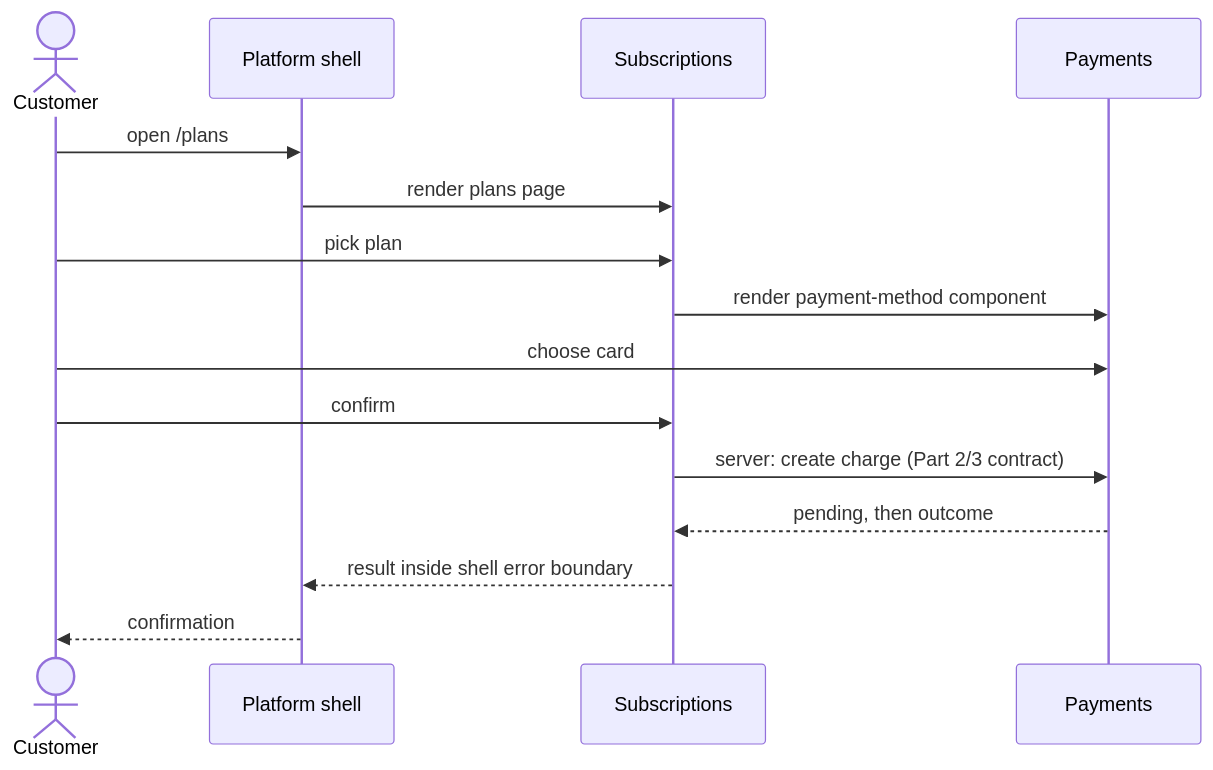
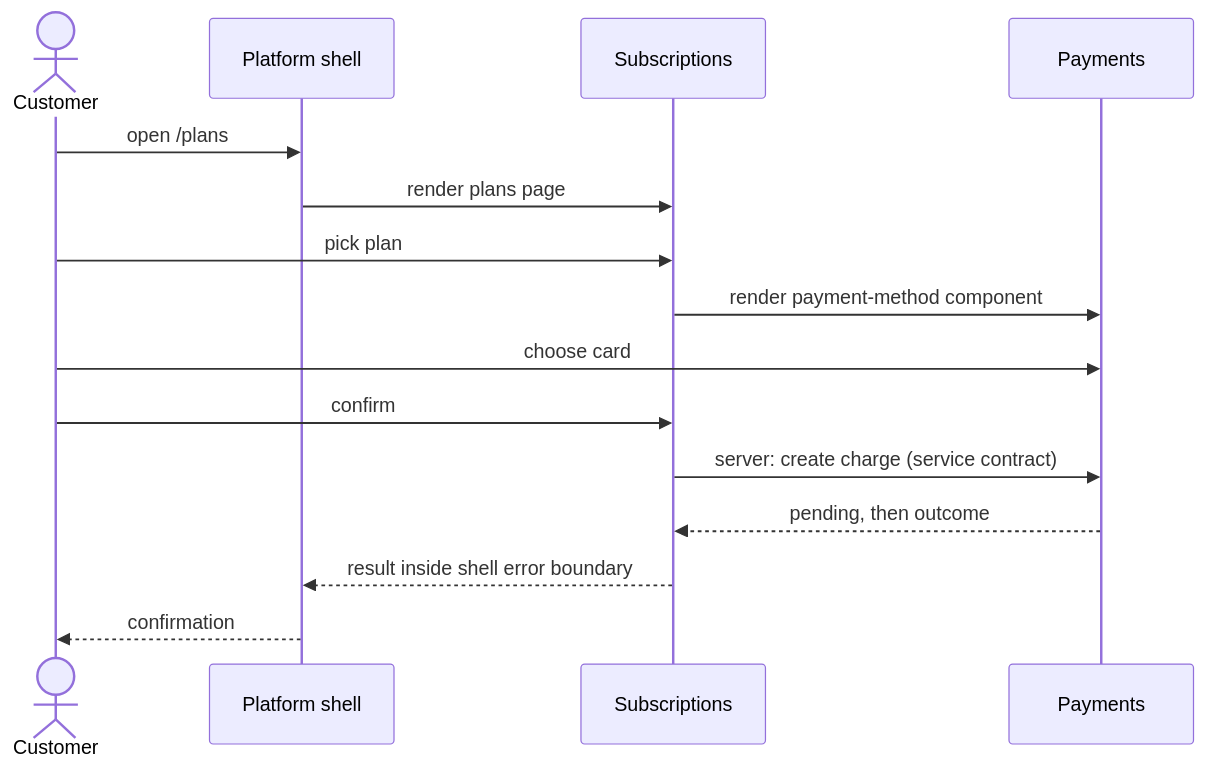
Before and after one commit to all-boundaries/website: the diagram in src/content/docs/journeys/one-product-several-teams.md, drawn with Mermaid. The commit also changed other lines of this file and 3 other files, not shown here.

````diff
--- a/src/content/docs/journeys/one-product-several-teams.md
+++ b/src/content/docs/journeys/one-product-several-teams.md
@@ -59,17 +59,17 @@
 ```mermaid
 sequenceDiagram
     actor C as Customer
     participant Sh as Platform shell
     participant S as Subscriptions
     participant P as Payments
     C->>Sh: open /plans
     Sh->>S: render plans page
     C->>S: pick plan
     S->>P: render payment-method component
     C->>P: choose card
     C->>S: confirm
-    S->>P: server: create charge (Part 2/3 contract)
+    S->>P: server: create charge (service contract)
     P-->>S: pending, then outcome
     S-->>Sh: result inside shell error boundary
     Sh-->>C: confirmation
 ```
````
